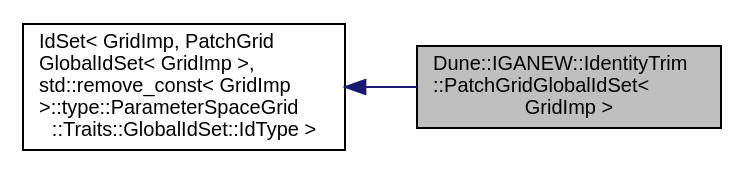
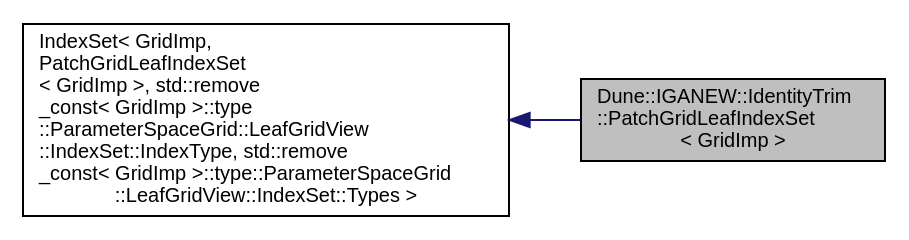
One commit to rath3t/dune-iga-doc changed the diagram in dc/def/a01594.dot. Above: the diagram before and after it, drawn with Graphviz. The commit also changed 602 other files, not shown here.

```diff
--- a/dc/def/a01594.dot
+++ b/dc/def/a01594.dot
@@ -1,10 +1,10 @@
-digraph "Dune::IGANEW::IdentityTrim::PatchGridGlobalIdSet&lt; GridImp &gt;"
+digraph "Dune::IGANEW::IdentityTrim::PatchGridLeafIndexSet&lt; GridImp &gt;"
 {
  // LATEX_PDF_SIZE
   edge [fontname="Helvetica",fontsize="10",labelfontname="Helvetica",labelfontsize="10"];
   node [fontname="Helvetica",fontsize="10",shape=record];
   rankdir="LR";
-  Node1 [label="Dune::IGANEW::IdentityTrim\l::PatchGridGlobalIdSet\<\l GridImp \>",height=0.2,width=0.4,color="black", fillcolor="grey75", style="filled", fontcolor="black",tooltip=" "];
+  Node1 [label="Dune::IGANEW::IdentityTrim\l::PatchGridLeafIndexSet\l\< GridImp \>",height=0.2,width=0.4,color="black", fillcolor="grey75", style="filled", fontcolor="black",tooltip=" "];
   Node2 -> Node1 [dir="back",color="midnightblue",fontsize="10",style="solid",fontname="Helvetica"];
-  Node2 [label="IdSet\< GridImp, PatchGrid\lGlobalIdSet\< GridImp \>,\l std::remove_const\< GridImp\l \>::type::ParameterSpaceGrid\l::Traits::GlobalIdSet::IdType \>",height=0.2,width=0.4,color="black", fillcolor="white", style="filled",tooltip=" "];
+  Node2 [label="IndexSet\< GridImp,\l PatchGridLeafIndexSet\l\< GridImp \>, std::remove\l_const\< GridImp \>::type\l::ParameterSpaceGrid::LeafGridView\l::IndexSet::IndexType, std::remove\l_const\< GridImp \>::type::ParameterSpaceGrid\l::LeafGridView::IndexSet::Types \>",height=0.2,width=0.4,color="black", fillcolor="white", style="filled",tooltip=" "];
 }
```
